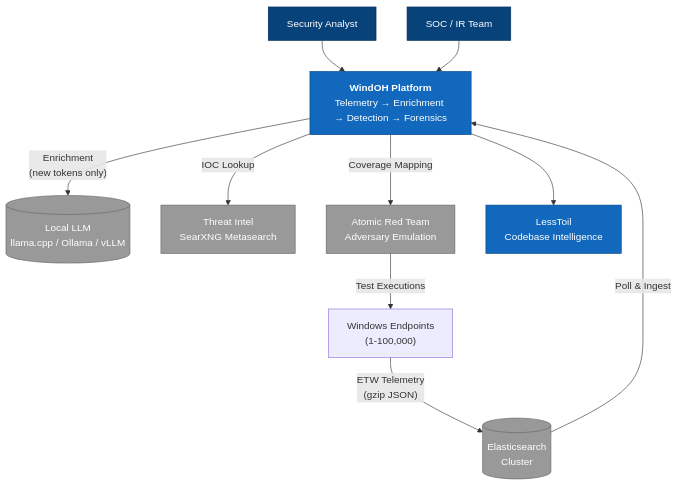
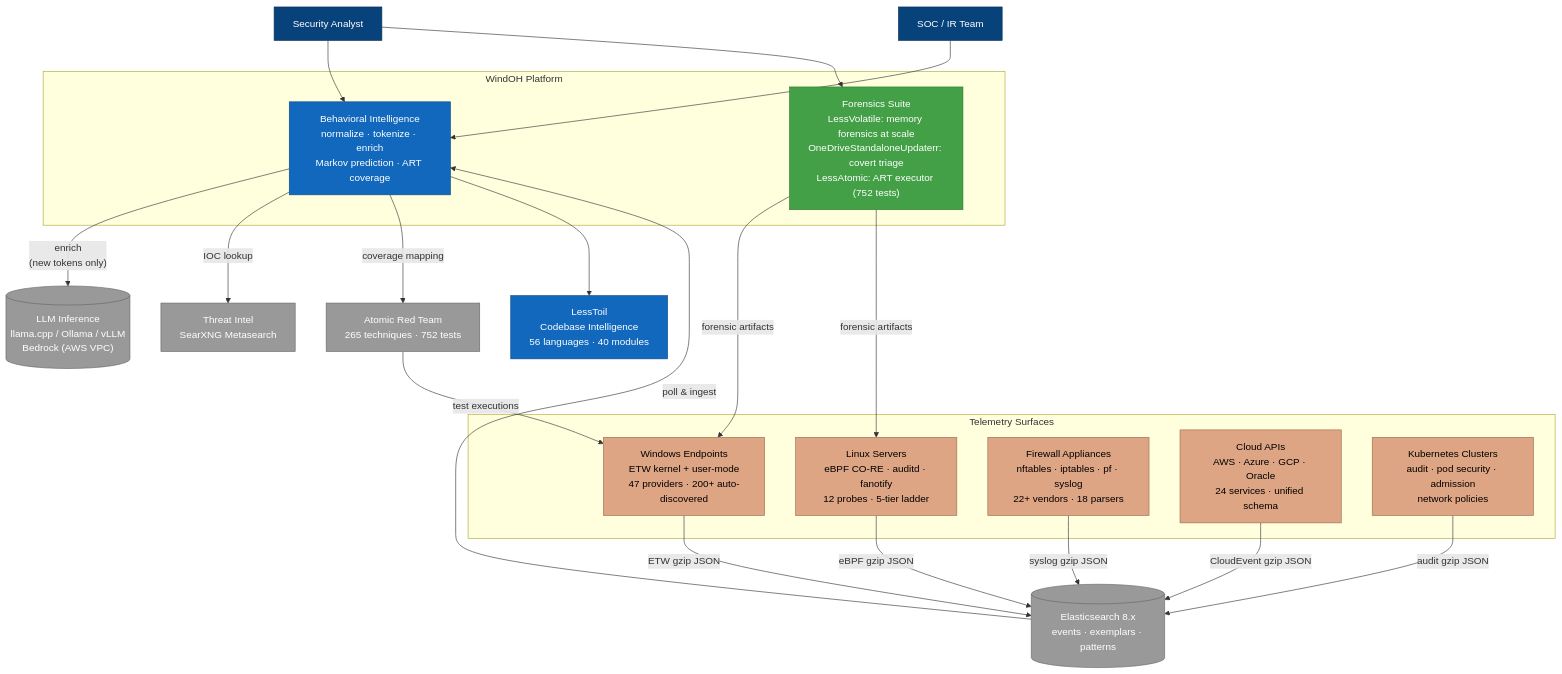
The first of 4 diagrams in README.md (LongHorizons/WindOH), drawn with Mermaid before and after one commit. The commit also changed other lines of this file, not shown here.

````diff
--- a/README.md
+++ b/README.md
@@ -134,31 +120,53 @@
 ```mermaid
 graph TB
     classDef person fill:#08427b,stroke:#052e56,color:#fff
+    classDef surface fill:#dea584,stroke:#9e6b4a,color:#000
     classDef external fill:#999,stroke:#666,color:#fff
     classDef system fill:#1168bd,stroke:#0b4884,color:#fff
+    classDef forensics fill:#43a047,stroke:#2e7d32,color:#fff
 
     Analyst["Security Analyst"]
     SOC["SOC / IR Team"]
-    Endpoints["Windows Endpoints<br/>(1-100,000)"]
-    Elasticsearch[("Elasticsearch<br/>Cluster")]
-    LLM[("Local LLM<br/>llama.cpp / Ollama / vLLM")]
+
+    subgraph TelemetrySources["Telemetry Surfaces"]
+        Win["Windows Endpoints<br/>ETW kernel + user-mode<br/>47 providers · 200+ auto-discovered"]
+        Linux["Linux Servers<br/>eBPF CO-RE · auditd · fanotify<br/>12 probes · 5-tier ladder"]
+        FW["Firewall Appliances<br/>nftables · iptables · pf · syslog<br/>22+ vendors · 18 parsers"]
+        Cloud["Cloud APIs<br/>AWS · Azure · GCP · Oracle<br/>24 services · unified schema"]
+        K8s["Kubernetes Clusters<br/>audit · pod security · admission<br/>network policies"]
+    end
+
+    subgraph Intelligence["WindOH Platform"]
+        Core["Behavioral Intelligence<br/>normalize · tokenize · enrich<br/>Markov prediction · ART coverage"]
+        Forensics["Forensics Suite<br/>LessVolatile: memory forensics at scale<br/>OneDriveStandaloneUpdaterr: covert triage<br/>LessAtomic: ART executor (752 tests)"]
+    end
+
+    Elasticsearch[("Elasticsearch 8.x<br/>events · exemplars · patterns")]
+    LLM[("LLM Inference<br/>llama.cpp / Ollama / vLLM<br/>Bedrock (AWS VPC)")]
     ThreatIntel["Threat Intel<br/>SearXNG Metasearch"]
-    ART["Atomic Red Team<br/>Adversary Emulation"]
+    ART["Atomic Red Team<br/>265 techniques · 752 tests"]
+    DevTooling["LessToil<br/>Codebase Intelligence<br/>56 languages · 40 modules"]
 
-    WindOH["<b>WindOH Platform</b><br/>Telemetry → Enrichment → Detection → Forensics"]
-    DevTooling["LessToil<br/>Codebase Intelligence"]
-
-    Analyst --> WindOH
-    SOC --> WindOH
-    Endpoints -->|"ETW Telemetry<br/>(gzip JSON)"| Elasticsearch
-    Elasticsearch -->|"Poll & Ingest"| WindOH
-    WindOH -->|"Enrichment<br/>(new tokens only)"| LLM
-    WindOH -->|"IOC Lookup"| ThreatIntel
-    ART -->|"Test Executions"| Endpoints
-    WindOH -->|"Coverage Mapping"| ART
-    WindOH --> DevTooling
+    Analyst --> Core
+    SOC --> Core
+    Win -->|"ETW gzip JSON"| Elasticsearch
+    Linux -->|"eBPF gzip JSON"| Elasticsearch
+    FW -->|"syslog gzip JSON"| Elasticsearch
+    Cloud -->|"CloudEvent gzip JSON"| Elasticsearch
+    K8s -->|"audit gzip JSON"| Elasticsearch
+    Elasticsearch -->|"poll & ingest"| Core
+    Core -->|"enrich<br/>(new tokens only)"| LLM
+    Core -->|"IOC lookup"| ThreatIntel
+    ART -->|"test executions"| Win
+    Core -->|"coverage mapping"| ART
+    Core --> DevTooling
+    Forensics -->|"forensic artifacts"| Win
+    Forensics -->|"forensic artifacts"| Linux
+    Analyst --> Forensics
 
     class Analyst,SOC person
+    class Win,Linux,FW,Cloud,K8s surface
     class Elasticsearch,LLM,ThreatIntel,ART external
-    class WindOH,DevTooling system
+    class Core,DevTooling system
+    class Forensics forensics
 ```
````
